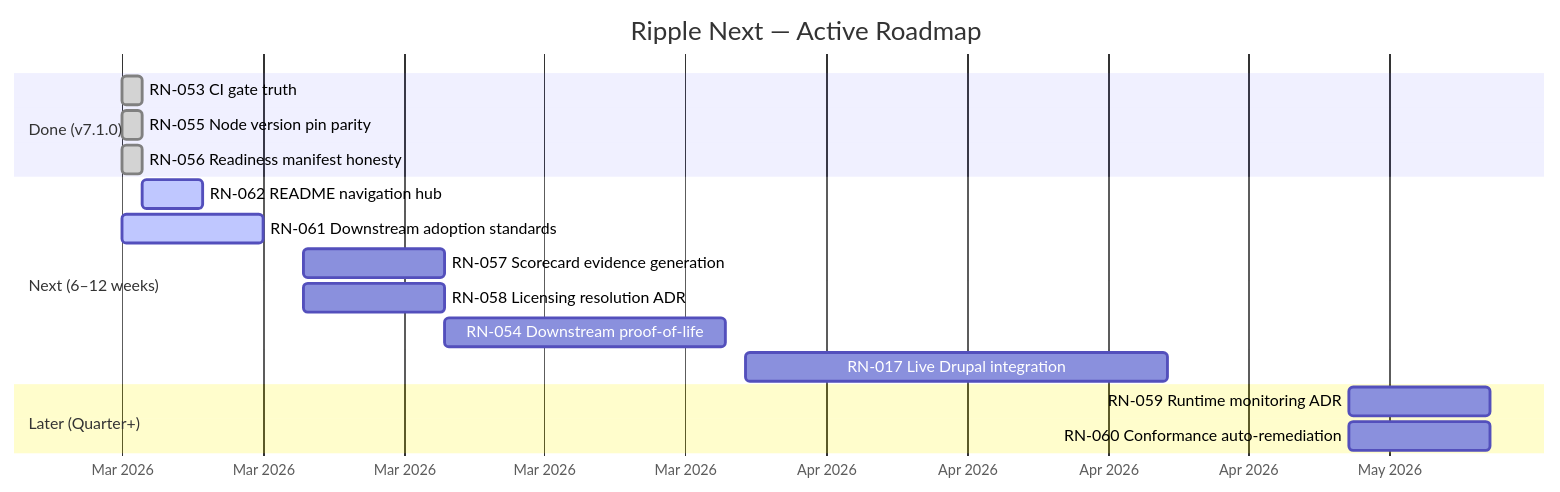
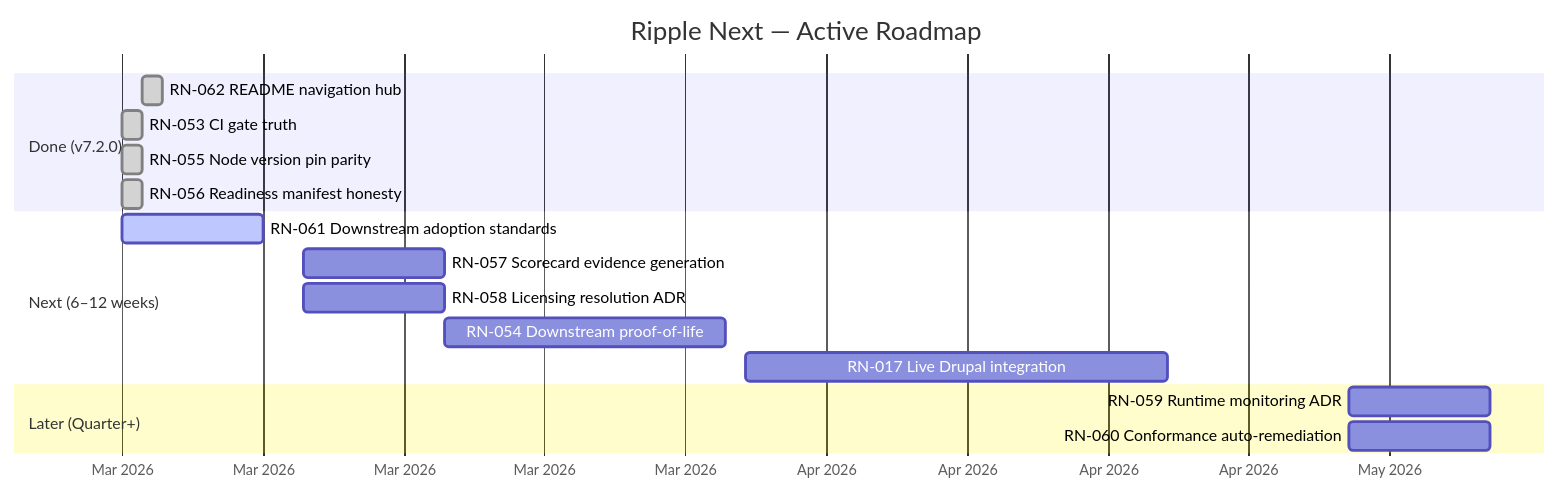
Before and after one commit to jbejenar/ripple-next: the diagram in docs/product-roadmap/README.md, drawn with Mermaid. The commit also changed other lines of this file, not shown here.

First line of the commit message:
fix(docs): mark RN-062 as Done in roadmap, update counts and Gantt

````diff
--- a/docs/product-roadmap/README.md
+++ b/docs/product-roadmap/README.md
@@ -17,23 +17,23 @@
 ```mermaid
 gantt
     title Ripple Next — Active Roadmap
     dateFormat YYYY-MM-DD
     axisFormat %b %Y
 
-    section Done (v7.1.0)
+    section Done (v7.2.0)
+    RN-062 README navigation hub           :done, rn062, 2026-03-02, 1d
     RN-053 CI gate truth                   :done, rn053, 2026-03-01, 1d
     RN-055 Node version pin parity         :done, rn055, 2026-03-01, 1d
     RN-056 Readiness manifest honesty      :done, rn056, 2026-03-01, 1d
 
     section Next (6–12 weeks)
-    RN-062 README navigation hub           :active, rn062, 2026-03-02, 3d
     RN-061 Downstream adoption standards   :active, rn061, 2026-03-01, 7d
     RN-057 Scorecard evidence generation   :rn057, 2026-03-10, 7d
     RN-058 Licensing resolution ADR        :rn058, 2026-03-10, 7d
     RN-054 Downstream proof-of-life        :rn054, 2026-03-17, 14d
     RN-017 Live Drupal integration         :rn017, 2026-04-01, 21d
 
     section Later (Quarter+)
     RN-059 Runtime monitoring ADR          :rn059, 2026-05-01, 7d
     RN-060 Conformance auto-remediation    :rn060, 2026-05-01, 7d
 ```
````
